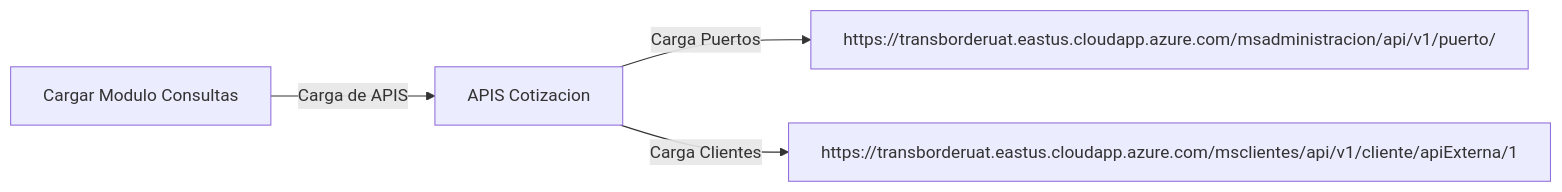
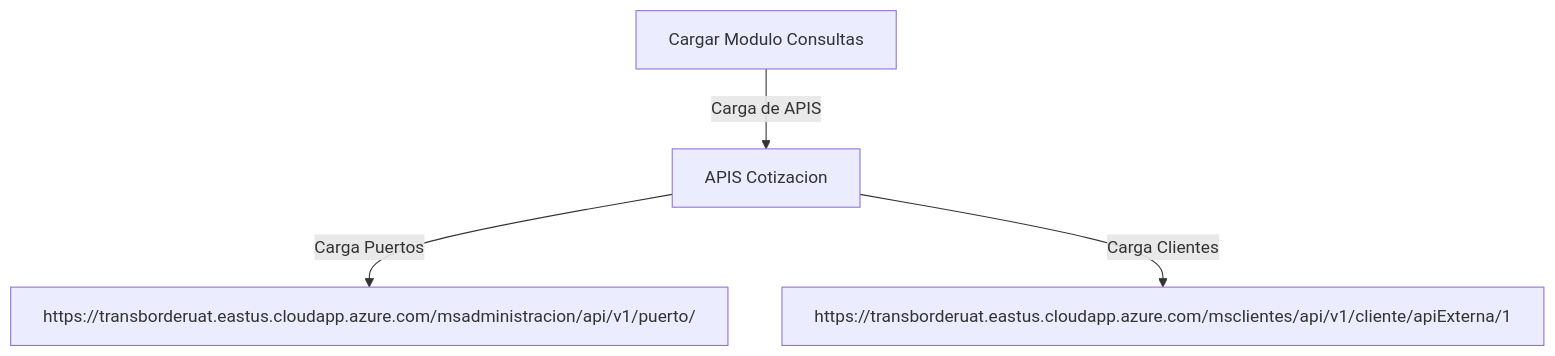
The diagram in COTIZACION.md (tbrjgrisales/FrontCotizadorDocs), drawn with Mermaid before and after one commit.

Commit message:
Add diagram consult

````diff
--- a/COTIZACION.md
+++ b/COTIZACION.md
@@ -1395,7 +1395,7 @@
 ```mermaid
-graph LR
+graph TD;
 A[Cargar Modulo Consultas] -- Carga de APIS --> B[APIS Cotizacion]
 B -- Carga Puertos --> C[https://transborderuat.eastus.cloudapp.azure.com/msadministracion/api/v1/puerto/]
 B -- Carga Clientes --> D[https://transborderuat.eastus.cloudapp.azure.com/msclientes/api/v1/cliente/apiExterna/1]
 
 ```
````
